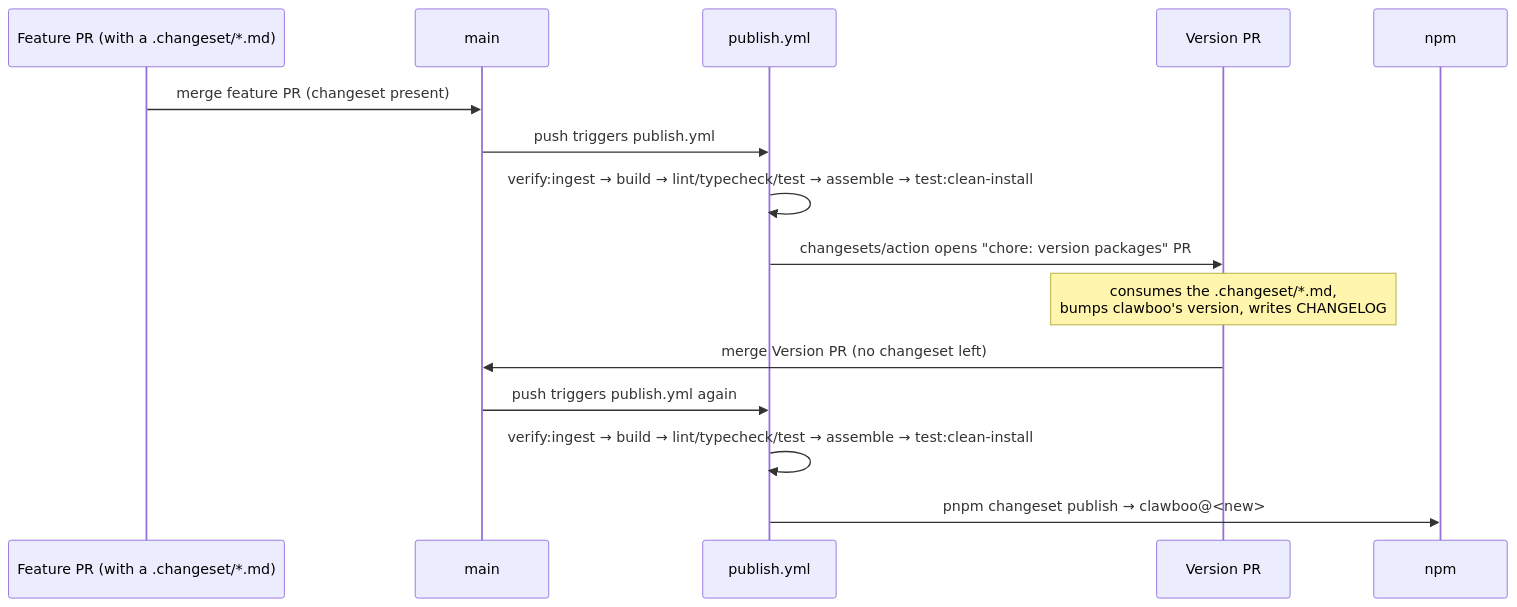
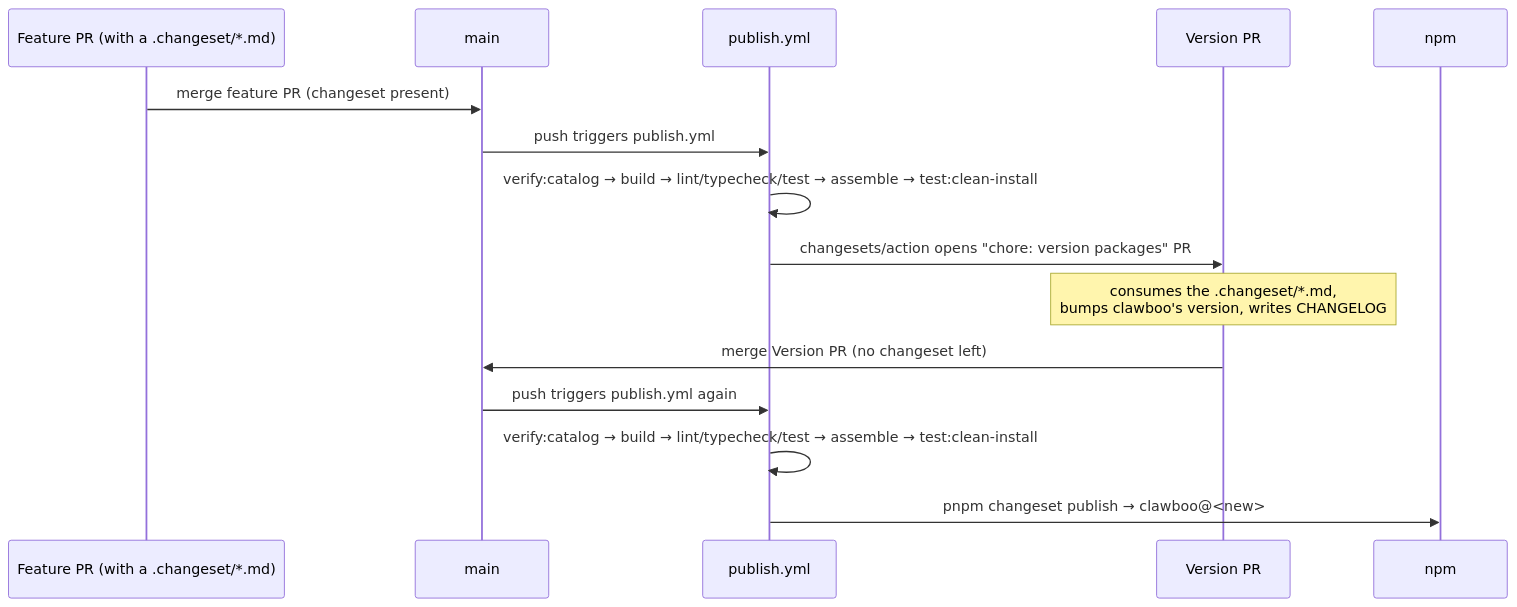
Before and after one commit to clawboo/clawboo: the second of 2 diagrams in docs/internals/release-process.md, drawn with Mermaid. The commit also changed other lines of this file and 34 other files, not shown here.

````diff
--- a/docs/internals/release-process.md
+++ b/docs/internals/release-process.md
@@ -96,18 +96,18 @@
 ```mermaid
 sequenceDiagram
     participant Dev as Feature PR (with a .changeset/*.md)
     participant Main as main
     participant Pub as publish.yml
     participant VPR as Version PR
     participant npm
 
     Dev->>Main: merge feature PR (changeset present)
     Main->>Pub: push triggers publish.yml
-    Pub->>Pub: verify:ingest → build → lint/typecheck/test → assemble → test:clean-install
+    Pub->>Pub: verify:catalog → build → lint/typecheck/test → assemble → test:clean-install
     Pub->>VPR: changesets/action opens "chore: version packages" PR
     Note over VPR: consumes the .changeset/*.md,<br/>bumps clawboo's version, writes CHANGELOG
     VPR->>Main: merge Version PR (no changeset left)
     Main->>Pub: push triggers publish.yml again
-    Pub->>Pub: verify:ingest → build → lint/typecheck/test → assemble → test:clean-install
+    Pub->>Pub: verify:catalog → build → lint/typecheck/test → assemble → test:clean-install
     Pub->>npm: pnpm changeset publish → clawboo@<new>
 ```
````
